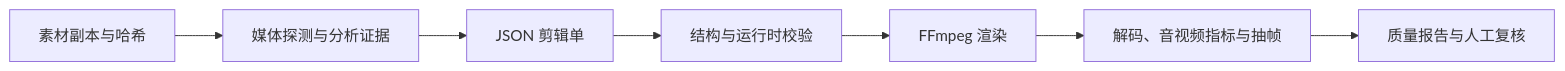
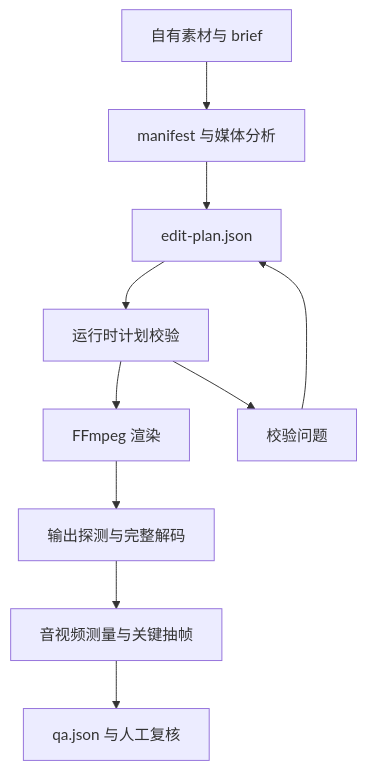
One commit to h296025733-sys/codex-auto-video-lab changed the diagram in README.md. Above: the diagram before and after it, drawn with Mermaid. The commit also changed other lines of this file, not shown here.

Commit message:
Document edit plan validation and output inspection

````diff
--- a/README.md
+++ b/README.md
@@ -11,9 +45,12 @@
 ```mermaid
-flowchart LR
-    A["素材副本与哈希"] --> B["媒体探测与分析证据"]
-    B --> C["JSON 剪辑单"]
-    C --> D["结构与运行时校验"]
+flowchart TD
+    A["自有素材与 brief"] --> B["manifest 与媒体分析"]
+    B --> C["edit-plan.json"]
+    C --> D["运行时计划校验"]
     D --> E["FFmpeg 渲染"]
-    E --> F["解码、音视频指标与抽帧"]
-    F --> G["质量报告与人工复核"]
+    E --> F["输出探测与完整解码"]
+    F --> G["音视频测量与关键抽帧"]
+    G --> H["qa.json 与人工复核"]
+    D --> I["校验问题"]
+    I --> C
 ```
````
